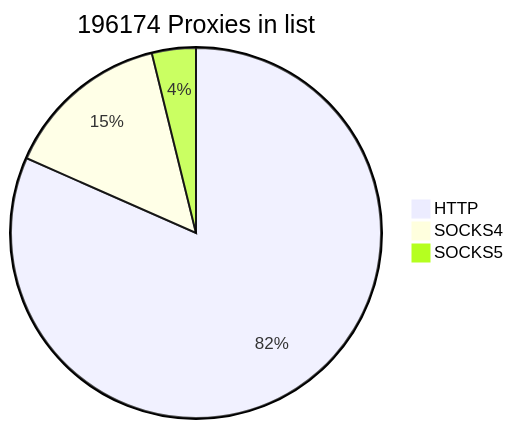
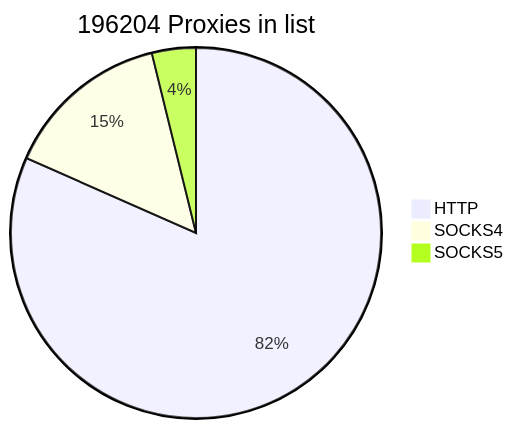
Before and after one commit to cutipu/proxylist: the first of 2 diagrams in README.md, drawn with Mermaid. The commit also changed other lines of this file, not shown here.

````diff
--- a/README.md
+++ b/README.md
@@ -2,7 +2,7 @@
 ```mermaid
-pie title 196174 Proxies in list
-    "HTTP" : 160112
-    "SOCKS4" : 28533
+pie title 196204 Proxies in list
+    "HTTP" : 160143
+    "SOCKS4" : 28532
     "SOCKS5" : 7529
             
 ```
````
